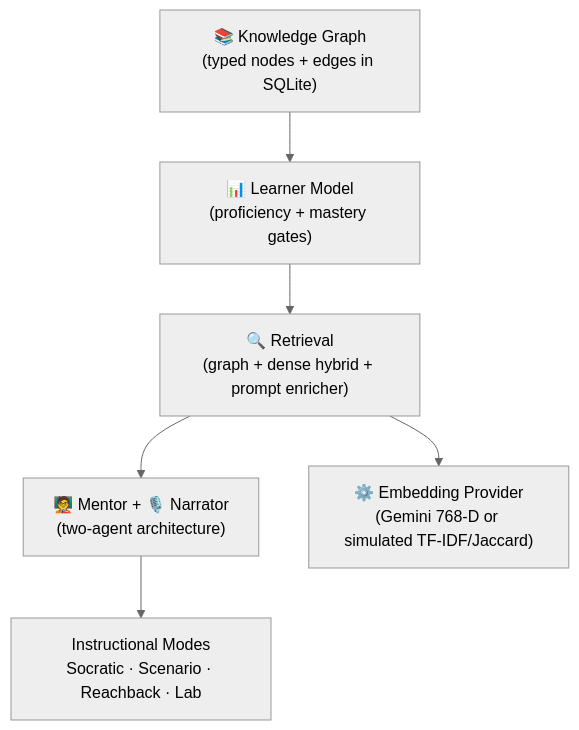
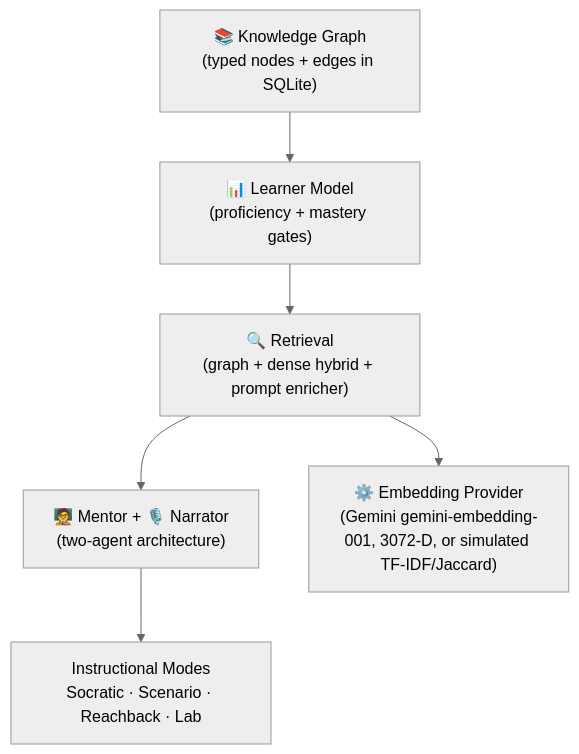
The first of 4 diagrams in docs/whitepaper.md (wrgr/socratic-scenarios), drawn with Mermaid (neutral theme) before and after one commit. The commit also changed other lines of this file and 35 other files, not shown here.

````diff
--- a/docs/whitepaper.md
+++ b/docs/whitepaper.md
@@ -70,12 +70,12 @@
 ```mermaid
 flowchart TB
     A1["📚 Knowledge Graph\n(typed nodes + edges in SQLite)"]
     A2["📊 Learner Model\n(proficiency + mastery gates)"]
     A3["🔍 Retrieval\n(graph + dense hybrid + prompt enricher)"]
     A4["🧑‍🏫 Mentor  +  🎙️ Narrator\n(two-agent architecture)"]
     A5["Instructional Modes\nSocratic · Scenario · Reachback · Lab"]
-    EP["⚙️ Embedding Provider\n(Gemini 768-D or simulated TF-IDF/Jaccard)"]
+    EP["⚙️ Embedding Provider\n(Gemini gemini-embedding-001, 3072-D, or simulated TF-IDF/Jaccard)"]
 
     A1 --> A2 --> A3 --> A4 --> A5
     A3 --> EP
 ```
````
